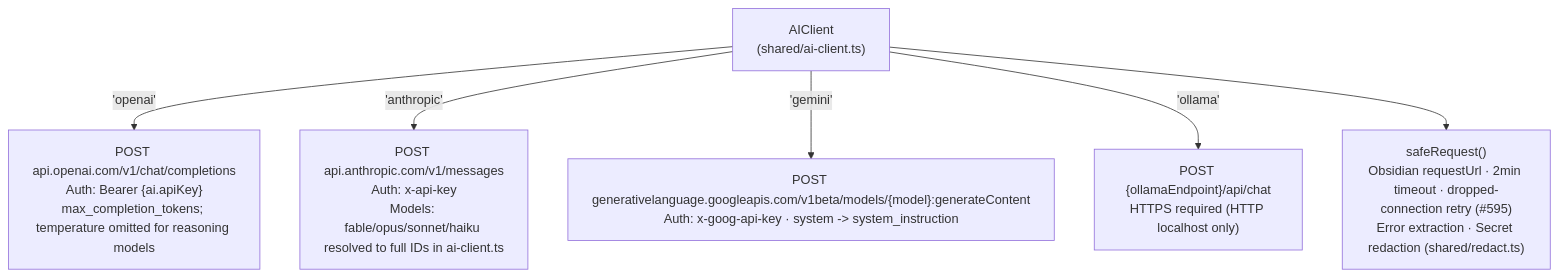
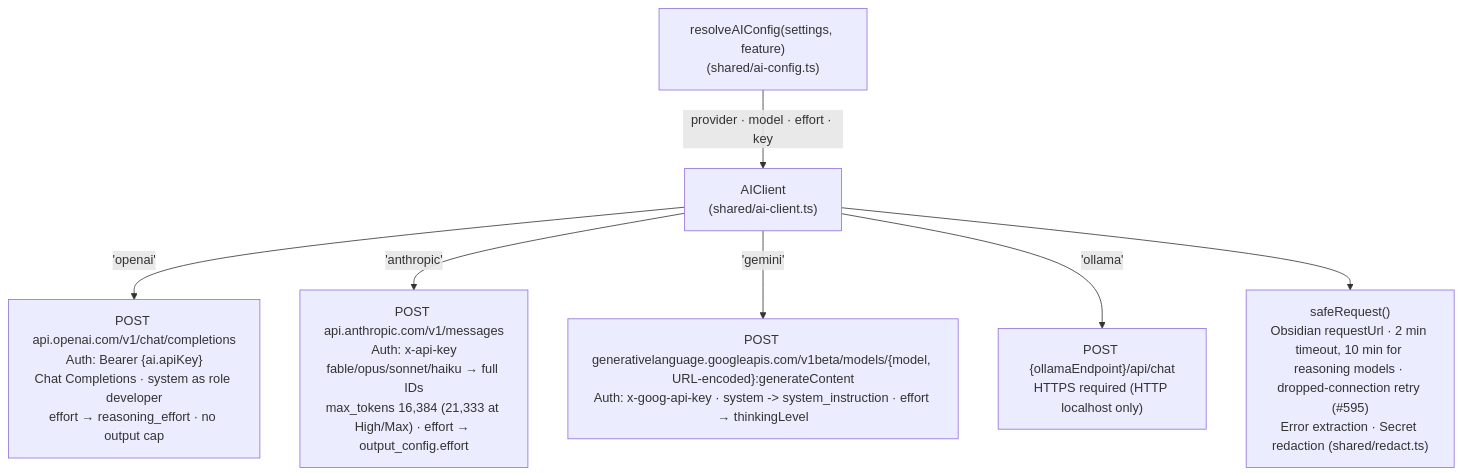
Diagram 12 of 13 in ARCHITECTURE.md (dustinkeeton/obsidian-synapse), drawn with Mermaid before and after one commit. The commit also changed other lines of this file and 30 other files, not shown here.

````diff
--- a/ARCHITECTURE.md
+++ b/ARCHITECTURE.md
@@ -1122,11 +1129,12 @@
 ```mermaid
 graph TB
     AIC["AIClient<br/>(shared/ai-client.ts)"]
+    Cfg["resolveAIConfig(settings, feature)<br/>(shared/ai-config.ts)"] -->|"provider · model · effort · key"| AIC
 
-    AIC -->|"'openai'"| OAI["POST api.openai.com/v1/chat/completions<br/>Auth: Bearer {ai.apiKey}<br/>max_completion_tokens; temperature omitted for reasoning models"]
-    AIC -->|"'anthropic'"| ANT["POST api.anthropic.com/v1/messages<br/>Auth: x-api-key<br/>Models: fable/opus/sonnet/haiku resolved to full IDs in ai-client.ts"]
-    AIC -->|"'gemini'"| GEM["POST generativelanguage.googleapis.com/v1beta/models/{model}:generateContent<br/>Auth: x-goog-api-key · system -> system_instruction"]
+    AIC -->|"'openai'"| OAI["POST api.openai.com/v1/chat/completions<br/>Auth: Bearer {ai.apiKey}<br/>Chat Completions · system as role developer<br/>effort → reasoning_effort · no output cap"]
+    AIC -->|"'anthropic'"| ANT["POST api.anthropic.com/v1/messages<br/>Auth: x-api-key<br/>fable/opus/sonnet/haiku → full IDs<br/>max_tokens 16,384 (21,333 at High/Max) · effort → output_config.effort"]
+    AIC -->|"'gemini'"| GEM["POST generativelanguage.googleapis.com/v1beta/models/{model, URL-encoded}:generateContent<br/>Auth: x-goog-api-key · system -> system_instruction · effort → thinkingLevel"]
     AIC -->|"'ollama'"| OLL["POST {ollamaEndpoint}/api/chat<br/>HTTPS required (HTTP localhost only)"]
 
-    AIC --> Safe["safeRequest()<br/>Obsidian requestUrl · 2min timeout · dropped-connection retry (#595)<br/>Error extraction · Secret redaction (shared/redact.ts)"]
+    AIC --> Safe["safeRequest()<br/>Obsidian requestUrl · 2 min timeout, 10 min for reasoning models · dropped-connection retry (#595)<br/>Error extraction · Secret redaction (shared/redact.ts)"]
 ```
````
